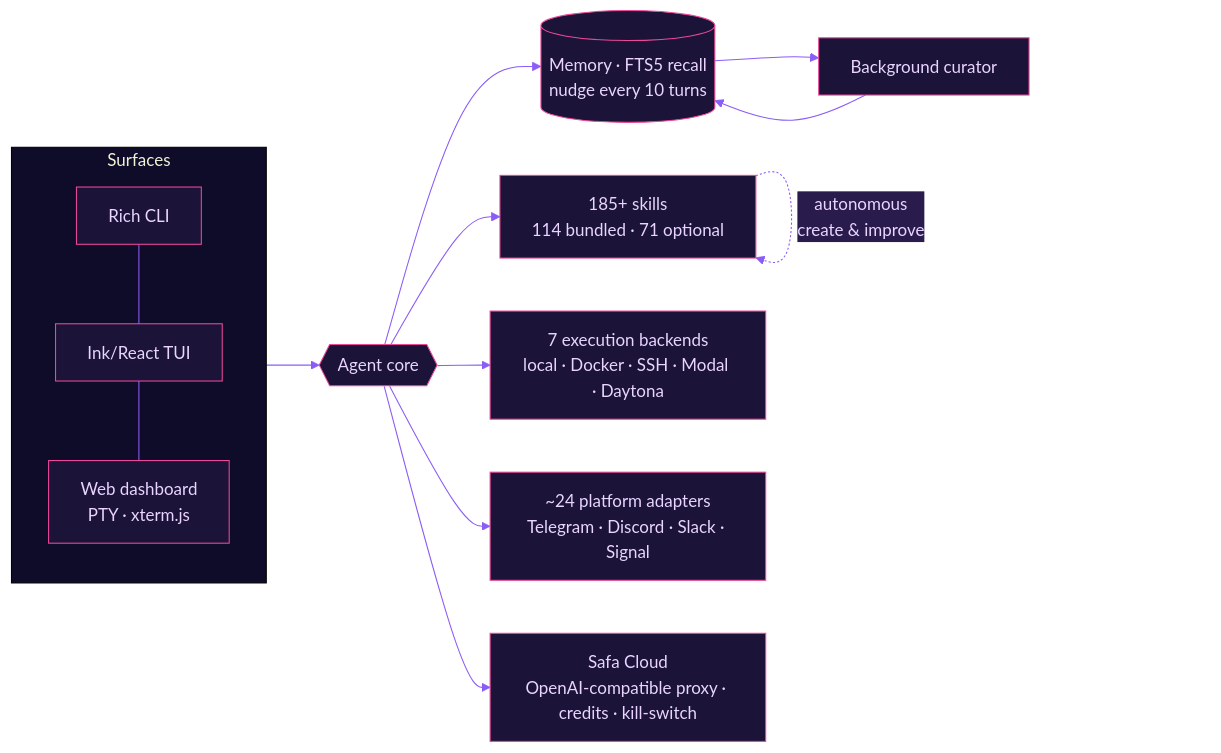
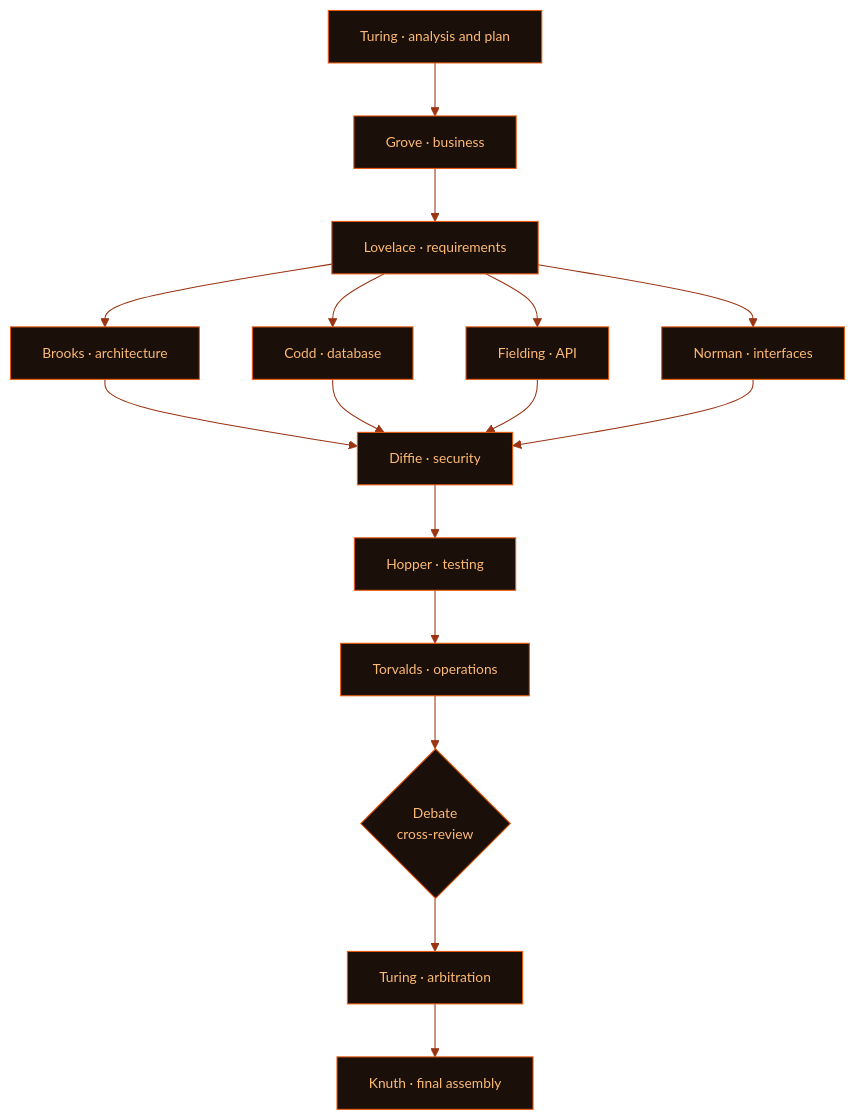
One commit to FlamuxDev/FlamuxDev changed the third of 3 diagrams in README.md. Above: the diagram before and after it, drawn with Mermaid. The commit also changed other lines of this file and 10 other files, not shown here.

````diff
--- a/README.md
+++ b/README.md
@@ -216,16 +133,19 @@
 ```mermaid
-%%{init: {'theme':'base','themeVariables':{'primaryColor':'#1B1338','primaryTextColor':'#E9D5FF','primaryBorderColor':'#EC4899','lineColor':'#8B5CF6','secondaryColor':'#2A1B4D','tertiaryColor':'#0F0C29','fontFamily':'monospace'}}}%%
-flowchart LR
-    subgraph SURF[Surfaces]
-        CLI[Rich CLI] --- TUI[Ink/React TUI] --- WEB[Web dashboard<br/>PTY · xterm.js]
-    end
-    SURF --> CORE{{Agent core}}
-    CORE --> SK[185+ skills<br/>114 bundled · 71 optional]
-    SK -.->|autonomous<br/>create & improve| SK
-    CORE --> MEM[(Memory · FTS5 recall<br/>nudge every 10 turns)]
-    MEM --> CUR[Background curator]
-    CUR --> MEM
-    CORE --> EXEC[7 execution backends<br/>local · Docker · SSH · Modal · Daytona]
-    CORE --> ADPT[~24 platform adapters<br/>Telegram · Discord · Slack · Signal]
-    CORE --> CLOUD[Safa Cloud<br/>OpenAI-compatible proxy · credits · kill-switch]
+%%{init: {'theme':'base','themeVariables':{'primaryColor':'#1A0F09','primaryTextColor':'#FDBA74','primaryBorderColor':'#EA580C','lineColor':'#9A3412','secondaryColor':'#231309','tertiaryColor':'#0A0A0B','fontFamily':'ui-monospace, monospace','fontSize':'13px'}}}%%
+flowchart TD
+    T1[Turing · analysis and plan] --> G[Grove · business]
+    G --> L[Lovelace · requirements]
+    L --> B[Brooks · architecture]
+    L --> C[Codd · database]
+    L --> F[Fielding · API]
+    L --> N[Norman · interfaces]
+    B --> D[Diffie · security]
+    C --> D
+    F --> D
+    N --> D
+    D --> H[Hopper · testing]
+    H --> V[Torvalds · operations]
+    V --> M{Debate<br/>cross-review}
+    M --> T2[Turing · arbitration]
+    T2 --> K[Knuth · final assembly]
 ```
````
